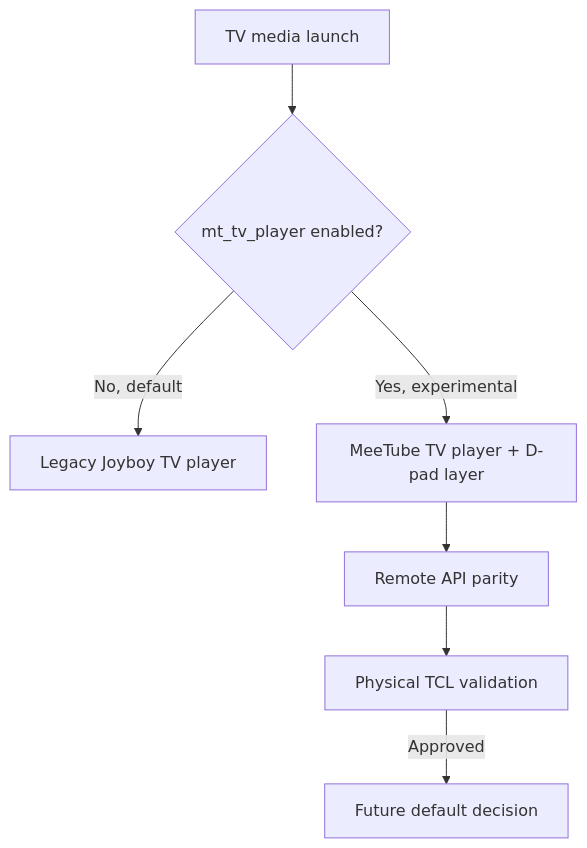
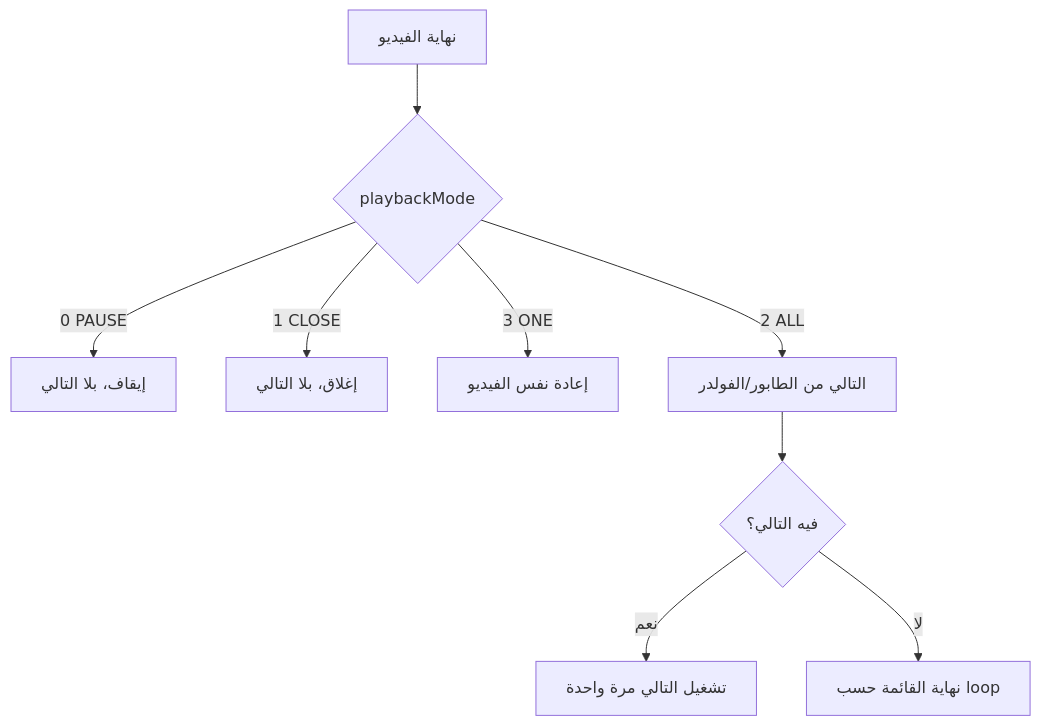
The fourth of 4 diagrams in docs/PLAYER_SCREEN_FLOW.md (alisaeed9x/Joyboy), drawn with Mermaid before and after one commit. The commit also changed other lines of this file and 21 other files, not shown here.

````diff
--- a/docs/PLAYER_SCREEN_FLOW.md
+++ b/docs/PLAYER_SCREEN_FLOW.md
@@ -41,9 +78,11 @@
 ```mermaid
 flowchart TD
-    A[TV media launch] --> B{mt_tv_player enabled?}
-    B -->|No, default| C[Legacy Joyboy TV player]
-    B -->|Yes, experimental| D[MeeTube TV player + D-pad layer]
-    D --> E[Remote API parity]
-    E --> F[Physical TCL validation]
-    F -->|Approved| G[Future default decision]
+    E[نهاية الفيديو] --> PM{playbackMode}
+    PM -->|0 PAUSE| S1[إيقاف، بلا التالي]
+    PM -->|1 CLOSE| S2[إغلاق، بلا التالي]
+    PM -->|3 ONE| S3[إعادة نفس الفيديو]
+    PM -->|2 ALL| N[التالي من الطابور/الفولدر]
+    N --> G{فيه التالي؟}
+    G -->|نعم| NX[تشغيل التالي مرة واحدة]
+    G -->|لا| E2[نهاية القائمة حسب loop]
 ```
````
